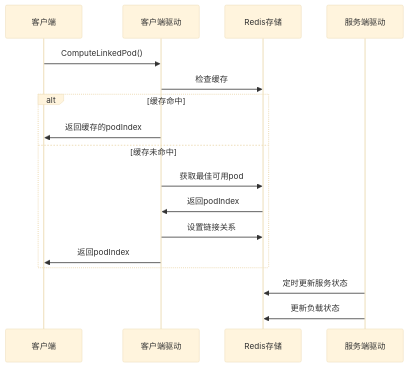
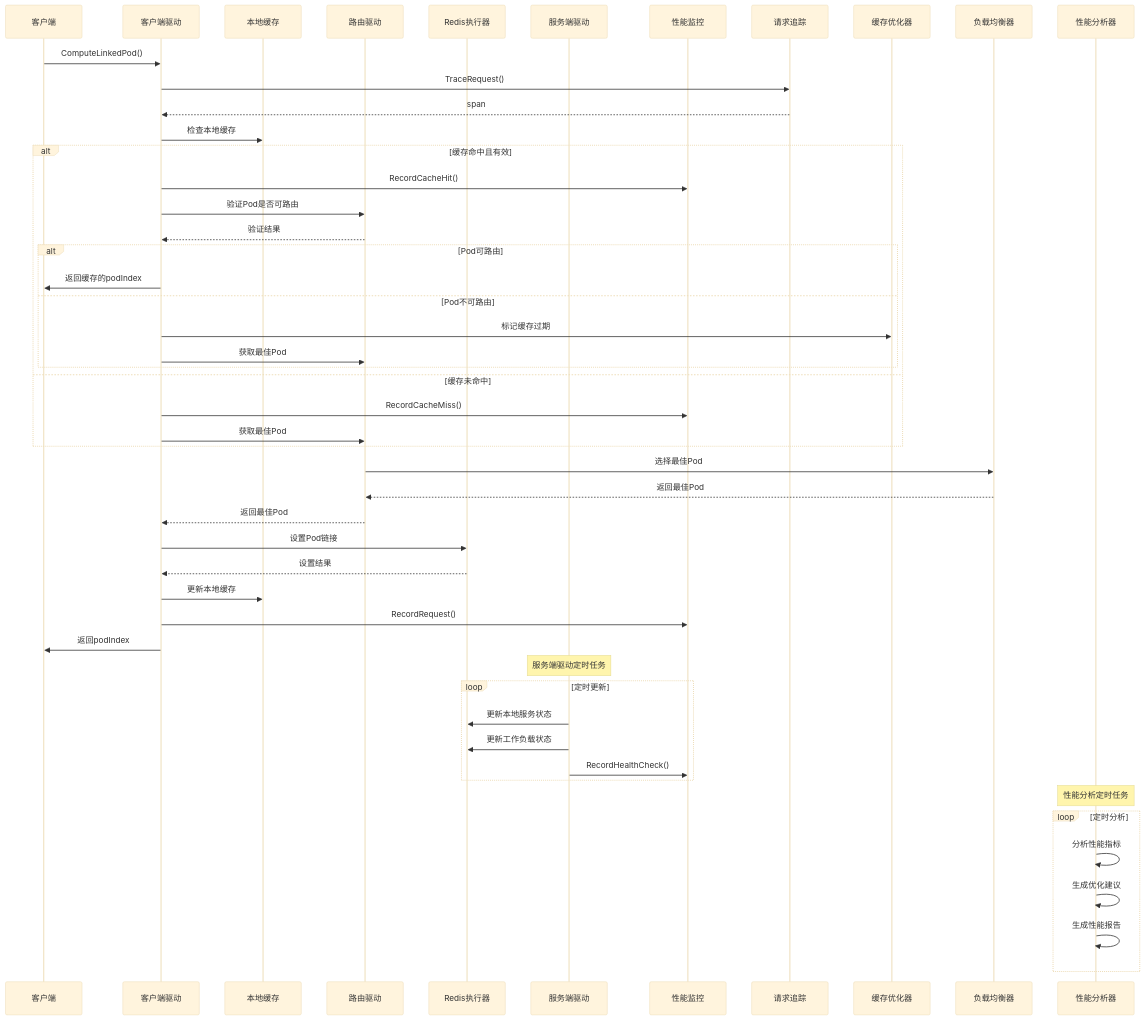
One commit to HZ00M/homo-go changed the second of 2 diagrams in route/todo/state/todolist.md. Above: the diagram before and after it, drawn with Mermaid (base theme). The commit also changed other lines of this file and 35 other files, not shown here.

````diff
--- a/route/todo/state/todolist.md
+++ b/route/todo/state/todolist.md
@@ -64,21 +190,59 @@
 ```mermaid
 sequenceDiagram
     participant Client as 客户端
     participant ClientDriver as 客户端驱动
-    participant Redis as Redis存储
+    participant Cache as 本地缓存
+    participant RouteInfoDriver as 路由驱动
+    participant StatefulExecutor as Redis执行器
     participant ServerDriver as 服务端驱动
+    participant PerformanceMonitor as 性能监控
+    participant RequestTracer as 请求追踪
+    participant CacheOptimizer as 缓存优化器
+    participant LoadBalancer as 负载均衡器
+    participant PerformanceAnalyzer as 性能分析器
     
     Client->>ClientDriver: ComputeLinkedPod()
-    ClientDriver->>Redis: 检查缓存
-    alt 缓存命中
-        ClientDriver->>Client: 返回缓存的podIndex
+    ClientDriver->>RequestTracer: TraceRequest()
+    RequestTracer-->>ClientDriver: span
+    
+    ClientDriver->>Cache: 检查本地缓存
+    alt 缓存命中且有效
+        ClientDriver->>PerformanceMonitor: RecordCacheHit()
+        ClientDriver->>RouteInfoDriver: 验证Pod是否可路由
+        RouteInfoDriver-->>ClientDriver: 验证结果
+        alt Pod可路由
+            ClientDriver->>Client: 返回缓存的podIndex
+        else Pod不可路由
+            ClientDriver->>CacheOptimizer: 标记缓存过期
+            ClientDriver->>RouteInfoDriver: 获取最佳Pod
+        end
     else 缓存未命中
-        ClientDriver->>Redis: 获取最佳可用pod
-        Redis->>ClientDriver: 返回podIndex
-        ClientDriver->>Redis: 设置链接关系
-        ClientDriver->>Client: 返回podIndex
+        ClientDriver->>PerformanceMonitor: RecordCacheMiss()
+        ClientDriver->>RouteInfoDriver: 获取最佳Pod
     end
     
-    ServerDriver->>Redis: 定时更新服务状态
-    ServerDriver->>Redis: 更新负载状态
+    RouteInfoDriver->>LoadBalancer: 选择最佳Pod
+    LoadBalancer-->>RouteInfoDriver: 返回最佳Pod
+    RouteInfoDriver-->>ClientDriver: 返回最佳Pod
+    
+    ClientDriver->>StatefulExecutor: 设置Pod链接
+    StatefulExecutor-->>ClientDriver: 设置结果
+    
+    ClientDriver->>Cache: 更新本地缓存
+    ClientDriver->>PerformanceMonitor: RecordRequest()
+    ClientDriver->>Client: 返回podIndex
+    
+    Note over ServerDriver: 服务端驱动定时任务
+    loop 定时更新
+        ServerDriver->>StatefulExecutor: 更新本地服务状态
+        ServerDriver->>StatefulExecutor: 更新工作负载状态
+        ServerDriver->>PerformanceMonitor: RecordHealthCheck()
+    end
+    
+    Note over PerformanceAnalyzer: 性能分析定时任务
+    loop 定时分析
+        PerformanceAnalyzer->>PerformanceAnalyzer: 分析性能指标
+        PerformanceAnalyzer->>PerformanceAnalyzer: 生成优化建议
+        PerformanceAnalyzer->>PerformanceAnalyzer: 生成性能报告
+    end
 ```
````
